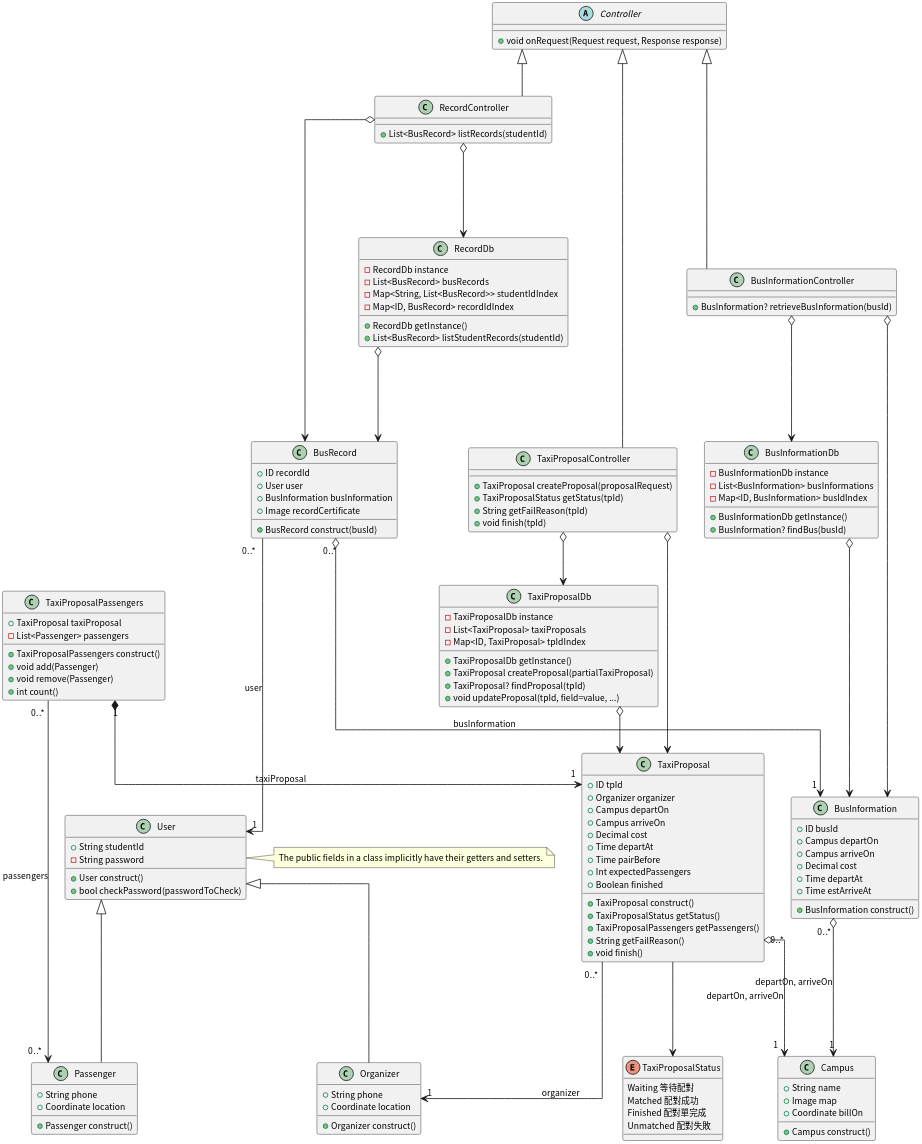
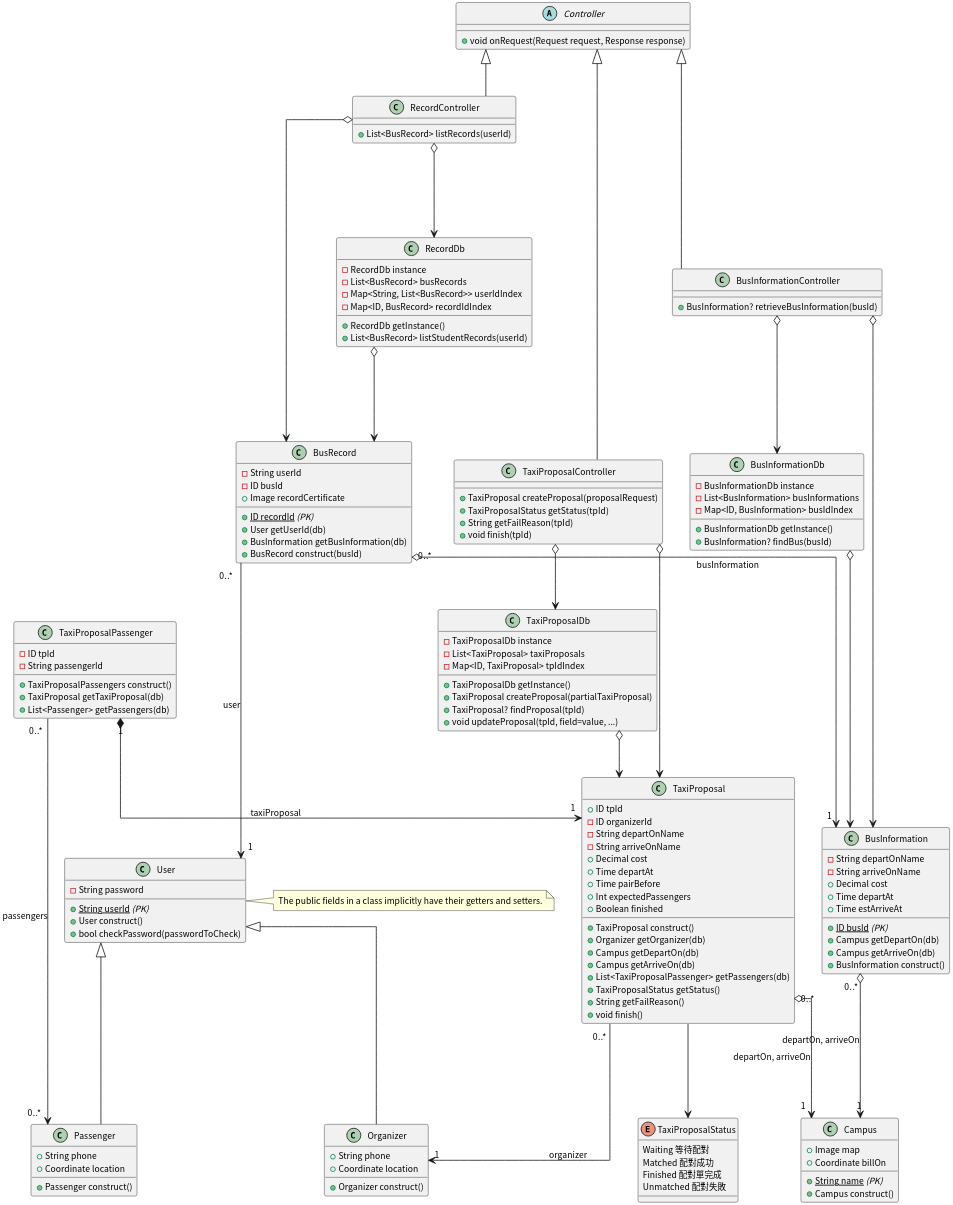
The diagram in semester-4/system-analysis/class-diagram.plantuml (pan93412/nkust-homework), drawn with PlantUML before and after one commit.

Commit message:
s4: system-analysis: class-diagram: Normalization

```diff
--- a/semester-4/system-analysis/class-diagram.plantuml
+++ b/semester-4/system-analysis/class-diagram.plantuml
@@ -1,157 +1,163 @@
 @startuml ClassDiagram
 
 skinparam linetype ortho
 skinparam dpi 300
 skinparam defaultFontSize 11
 skinparam defaultFontName "Noto Sans CJK TC"
 
 
 class User {
-    +String studentId
+    +<u>String userId</u> <i>(PK)</i>
     -String password
     +User construct()
     +bool checkPassword(passwordToCheck)
 }
 
 note right: The public fields in a class implicitly have their getters and setters.
 
 class Passenger {
     +String phone
     +Coordinate location
     +Passenger construct()
 }
 User <|--- Passenger
 
 class Organizer {
     +String phone
     +Coordinate location
     +Organizer construct()
 }
 User <|--- Organizer
 
 class RecordController {
-    +List<BusRecord> listRecords(studentId)
+    +List<BusRecord> listRecords(userId)
 }
 RecordController o---> BusRecord
 RecordController o---> RecordDb
 
 class RecordDb {
     -RecordDb instance
     -List<BusRecord> busRecords
-    -Map<String, List<BusRecord>> studentIdIndex
+    -Map<String, List<BusRecord>> userIdIndex
     -Map<ID, BusRecord> recordIdIndex
     +RecordDb getInstance()
-    +List<BusRecord> listStudentRecords(studentId)
+    +List<BusRecord> listStudentRecords(userId)
 }
 RecordDb o---> BusRecord
 
 class BusRecord {
-    +ID recordId
-    +User user
-    +BusInformation busInformation
+    +<u>ID recordId</u> <i>(PK)</i>
+    -String userId
+    -ID busId
     +Image recordCertificate
+    +User getUserId(db)
+    +BusInformation getBusInformation(db)
     +BusRecord construct(busId)
 }
 BusRecord "0..*" ---> "1" User: user
 BusRecord "0..*" o---> "1" BusInformation: busInformation
 
 class BusInformationController {
     +BusInformation? retrieveBusInformation(busId)
 }
 BusInformationController o---> BusInformation
 BusInformationController o---> BusInformationDb
 
 class BusInformationDb {
     -BusInformationDb instance
     -List<BusInformation> busInformations
     -Map<ID, BusInformation> busIdIndex
     +BusInformationDb getInstance()
     +BusInformation? findBus(busId)
 }
 BusInformationDb o---> BusInformation
 
 class BusInformation {
-    +ID busId
-    +Campus departOn
-    +Campus arriveOn
+    +<u>ID busId</u> <i>(PK)</i>
+    -String departOnName
+    -String arriveOnName
     +Decimal cost
     +Time departAt
     +Time estArriveAt
+    +Campus getDepartOn(db)
+    +Campus getArriveOn(db)
     +BusInformation construct()
 }
 BusInformation "0..*" o---> "1" Campus: departOn, arriveOn
 
 class Campus {
-    +String name
+    +<u>String name</u> <i>(PK)</i>
     +Image map
     +Coordinate billOn
     +Campus construct()
 }
 
-class TaxiProposalPassengers {
-    +TaxiProposal taxiProposal
-    -List<Passenger> passengers
+class TaxiProposalPassenger {
+    -ID tpId
+    -String passengerId
     +TaxiProposalPassengers construct()
-    +void add(Passenger)
-    +void remove(Passenger)
-    +int count()
+    +TaxiProposal getTaxiProposal(db)
+    +List<Passenger> getPassengers(db)
 }
-TaxiProposalPassengers "0..*" --> "0..*" Passenger: passengers
-TaxiProposalPassengers "1" *--> "1" TaxiProposal: taxiProposal
+TaxiProposalPassenger "0..*" --> "0..*" Passenger: passengers
+TaxiProposalPassenger "1" *--> "1" TaxiProposal: taxiProposal
 
 class TaxiProposalController {
     +TaxiProposal createProposal(proposalRequest)
     +TaxiProposalStatus getStatus(tpId)
     +String getFailReason(tpId)
     +void finish(tpId)
 }
 TaxiProposalController o--> TaxiProposal
 TaxiProposalController o--> TaxiProposalDb
 
 class TaxiProposalDb {
     -TaxiProposalDb instance
     -List<TaxiProposal> taxiProposals
     -Map<ID, TaxiProposal> tpIdIndex
     +TaxiProposalDb getInstance()
     +TaxiProposal createProposal(partialTaxiProposal)
     +TaxiProposal? findProposal(tpId)
     +void updateProposal(tpId, field=value, ...)
 }
 TaxiProposalDb o--> TaxiProposal
 
 class TaxiProposal {
     +ID tpId
-    +Organizer organizer
-    +Campus departOn
-    +Campus arriveOn
+    -ID organizerId
+    -String departOnName
+    -String arriveOnName
     +Decimal cost
     +Time departAt
     +Time pairBefore
     +Int expectedPassengers
     +Boolean finished
 
     +TaxiProposal construct()
+    +Organizer getOrganizer(db)
+    +Campus getDepartOn(db)
+    +Campus getArriveOn(db)
+    +List<TaxiProposalPassenger> getPassengers(db)
     +TaxiProposalStatus getStatus()
-    +TaxiProposalPassengers getPassengers()
     +String getFailReason()
     +void finish()
 }
 TaxiProposal "0..*" o--> "1" Campus: departOn, arriveOn
 TaxiProposal "0..*" ---> "1" Organizer: organizer
 TaxiProposal ---> TaxiProposalStatus
 
 enum TaxiProposalStatus {
     Waiting 等待配對
     Matched 配對成功
     Finished 配對單完成
     Unmatched 配對失敗
 }
 
 abstract class Controller {
     +void onRequest(Request request, Response response)
 }
 Controller <|-- RecordController
 Controller <|-- BusInformationController
 Controller <|-- TaxiProposalController
 
 @enduml
```
